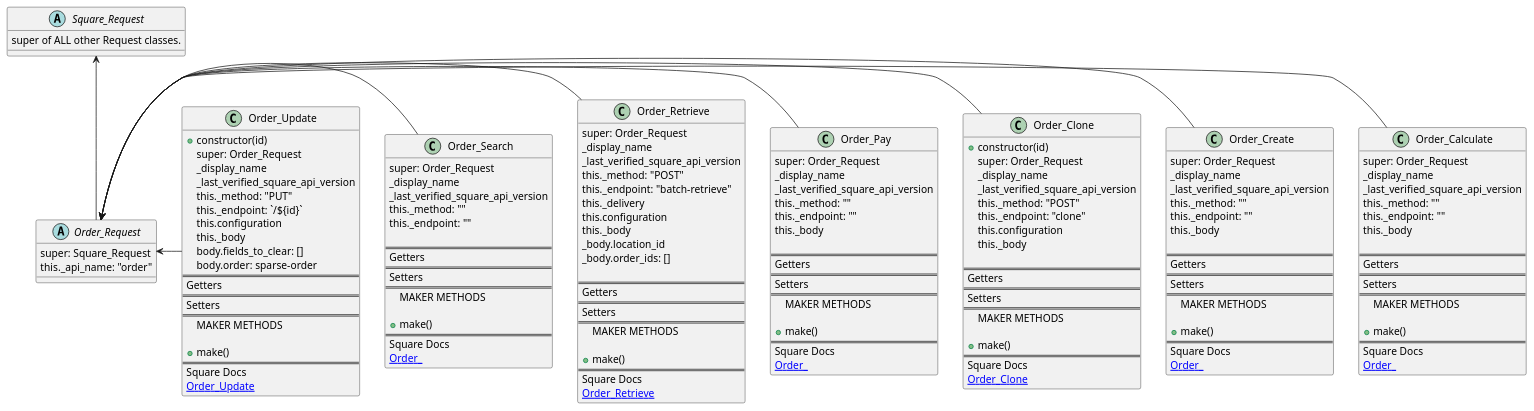
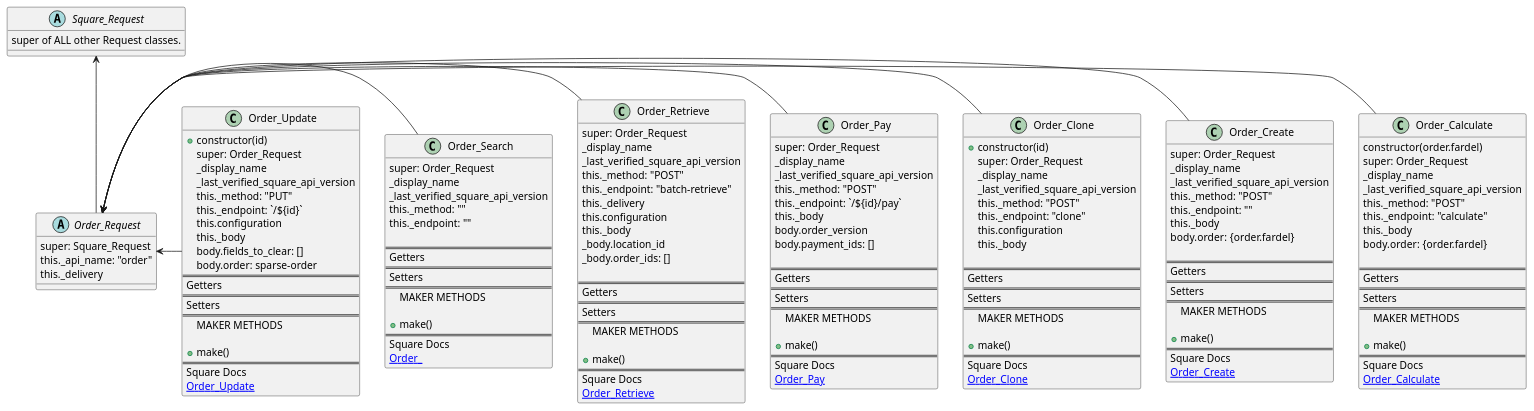
The diagram in docs/uml/stub.pie_order_requests.puml (TwoFistedJustice/square-pie), drawn with PlantUML before and after one commit. The commit also changed 1 other file, not shown here.

Commit message:
docs: fill out pay, create, calculate diagrams

```diff
--- a/docs/uml/stub.pie_order_requests.puml
+++ b/docs/uml/stub.pie_order_requests.puml
@@ -1,176 +1,182 @@
 @startuml
 'https://plantuml.com/class-diagram
 
 
 Square_Request <-- Order_Request
 Order_Request <- Order_Calculate
 Order_Request <- Order_Create
 Order_Request <- Order_Clone
 Order_Request <- Order_Pay
 Order_Request <- Order_Retrieve
 Order_Request <- Order_Search
 Order_Request <- Order_Update
 
 
 abstract class Square_Request{
 super of ALL other Request classes.
 }
 
 abstract class Order_Request {
 super: Square_Request
 this._api_name: "order"
+this._delivery
 }
 
 
 class Order_Calculate {
+constructor(order.fardel)
 super: Order_Request
 _display_name
 _last_verified_square_api_version
-this._method: ""
-this._endpoint: ""
+this._method: "POST"
+this._endpoint: "calculate"
 this._body
+body.order: {order.fardel}
 
 ==
 Getters
 ==
 Setters
 ==
 MAKER METHODS
 
 +make()
 ==
 Square Docs
-[[ Order_ ]]
+[[https://developer.squareup.com/reference/square/orders-api/calculate-order Order_Calculate ]]
 }
 
 class Order_Create  {
 super: Order_Request
 _display_name
 _last_verified_square_api_version
-this._method: ""
+this._method: "POST"
 this._endpoint: ""
 this._body
+body.order: {order.fardel}
 
 ==
 Getters
 ==
 Setters
 ==
 MAKER METHODS
 
 +make()
 ==
 Square Docs
-[[ Order_ ]]
+[[https://developer.squareup.com/reference/square/orders-api/create-order Order_Create ]]
 }
 class Order_Clone  {
 +constructor(id)
 super: Order_Request
 _display_name
 _last_verified_square_api_version
 this._method: "POST"
 this._endpoint: "clone"
 this.configuration
 this._body
 
 ==
 Getters
 ==
 Setters
 ==
 MAKER METHODS
 
 +make()
 ==
 Square Docs
 [[https://developer.squareup.com/reference/square/orders-api/clone-order Order_Clone ]]
 }
 class Order_Pay  {
 super: Order_Request
 _display_name
 _last_verified_square_api_version
-this._method: ""
-this._endpoint: ""
+this._method: "POST"
+this._endpoint: `/${id}/pay`
 this._body
+body.order_version
+body.payment_ids: []
 
 ==
 Getters
 ==
 Setters
 ==
 MAKER METHODS
 
 +make()
 ==
 Square Docs
-[[ Order_ ]]
+[[https://developer.squareup.com/reference/square/orders-api/pay-order Order_Pay ]]
 }
 class Order_Retrieve  {
 super: Order_Request
 _display_name
 _last_verified_square_api_version
 this._method: "POST"
 this._endpoint: "batch-retrieve"
 this._delivery
 this.configuration
 this._body
 _body.location_id
 _body.order_ids: []
 
 ==
 Getters
 ==
 Setters
 ==
 MAKER METHODS
 
 +make()
 ==
 Square Docs
 [[https://developer.squareup.com/reference/square/orders-api/retrieve-order Order_Retrieve ]]
 }
 class Order_Search  {
 super: Order_Request
 _display_name
 _last_verified_square_api_version
 this._method: ""
 this._endpoint: ""
 
 ==
 Getters
 ==
 Setters
 ==
 MAKER METHODS
 
 +make()
 ==
 Square Docs
 [[ Order_ ]]
 }
 class Order_Update {
 +constructor(id)
 super: Order_Request
 _display_name
 _last_verified_square_api_version
 this._method: "PUT"
 this._endpoint: `/${id}`
 this.configuration
 this._body
 body.fields_to_clear: []
 body.order: sparse-order
 ==
 Getters
 ==
 Setters
 ==
 MAKER METHODS
 
 +make()
 ==
 Square Docs
 [[https://developer.squareup.com/reference/square/orders-api/update-order Order_Update ]]
 }
 
 
 @enduml
```
